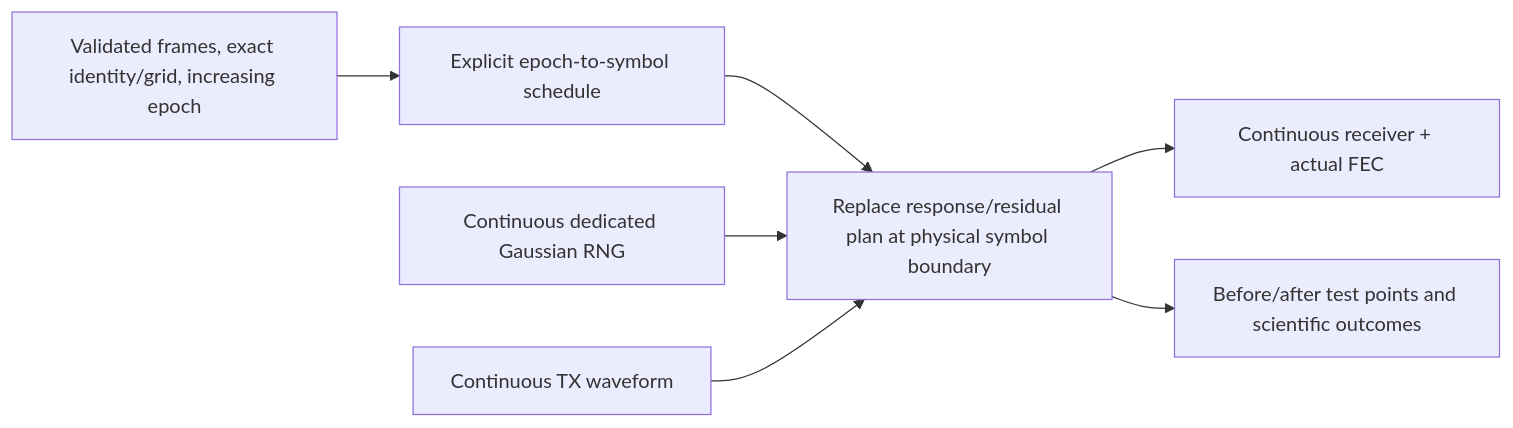
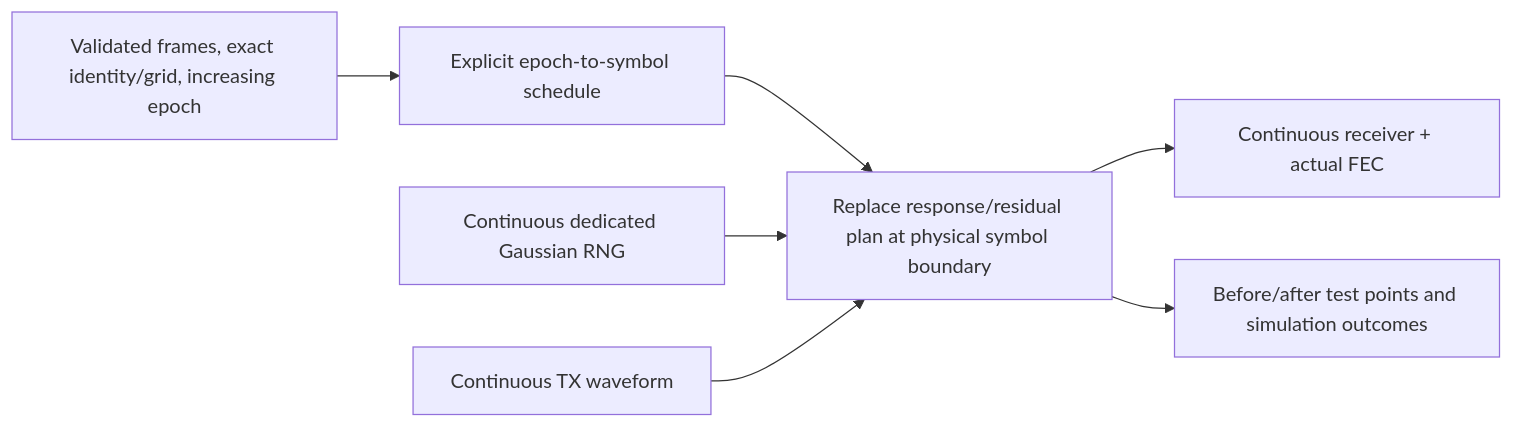
The diagram in docs/user/impairments/measurement-timeline.md (mgarcia01752/merlin), drawn with Mermaid before and after one commit. The commit also changed other lines of this file and 130 other files, not shown here.

````diff
--- a/docs/user/impairments/measurement-timeline.md
+++ b/docs/user/impairments/measurement-timeline.md
@@ -8,8 +8,8 @@
 ```mermaid
 flowchart LR
     FRAMES["Validated frames, exact identity/grid, increasing epoch"] --> PLAN["Explicit epoch-to-symbol schedule"]
     PLAN --> CH["Replace response/residual plan at physical symbol boundary"]
     RNG["Continuous dedicated Gaussian RNG"] --> CH
     TX["Continuous TX waveform"] --> CH --> RX["Continuous receiver + actual FEC"]
-    CH --> OBS["Before/after test points and scientific outcomes"]
+    CH --> OBS["Before/after test points and simulation outcomes"]
 ```
````
